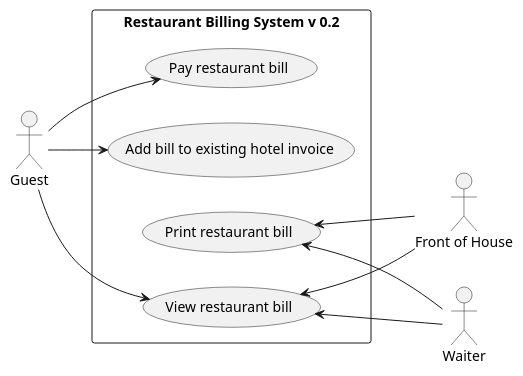
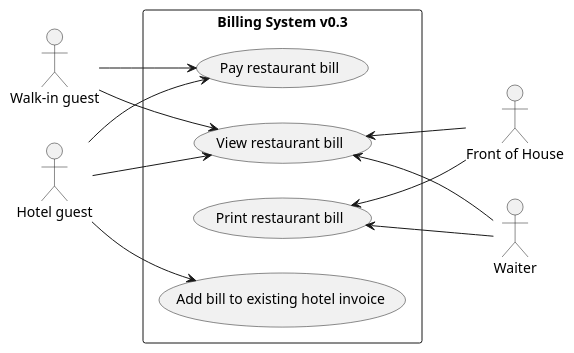
The diagram in src/main/docs/uml/use-case/restaurant/billing.puml (mrjink/molveno), drawn with PlantUML before and after one commit. The commit also changed 7 other files, not shown here.

```diff
--- a/src/main/docs/uml/use-case/restaurant/billing.puml
+++ b/src/main/docs/uml/use-case/restaurant/billing.puml
@@ -1,26 +1,30 @@
 @startuml
 
 left to right direction
 
 actor "Front of House" as FoH
-actor Guest
+actor "Walk-in guest" as WG
+actor "Hotel guest" as HG
 actor Waiter
 
-rectangle "Restaurant Billing System v 0.2" {
+rectangle "Billing System v0.3" {
     (View restaurant bill) as (TableBillView)
     (Pay restaurant bill) as (TableBillPay)
     (Print restaurant bill) as (TableBillPrint)
     (Add bill to existing hotel invoice) as (TableBillAdd)
 
-    Guest --> (TableBillView)
-    Guest --> (TableBillPay)
-    Guest --> (TableBillAdd)
+    WG --> (TableBillView)
+    WG --> (TableBillPay)
+
+    HG --> (TableBillView)
+    HG --> (TableBillPay)
+    HG --> (TableBillAdd)
 
     (TableBillView) <-- FoH
     (TableBillPrint) <-- FoH
 
     (TableBillView) <-- Waiter
     (TableBillPrint) <-- Waiter
 }
 
 @enduml
```
